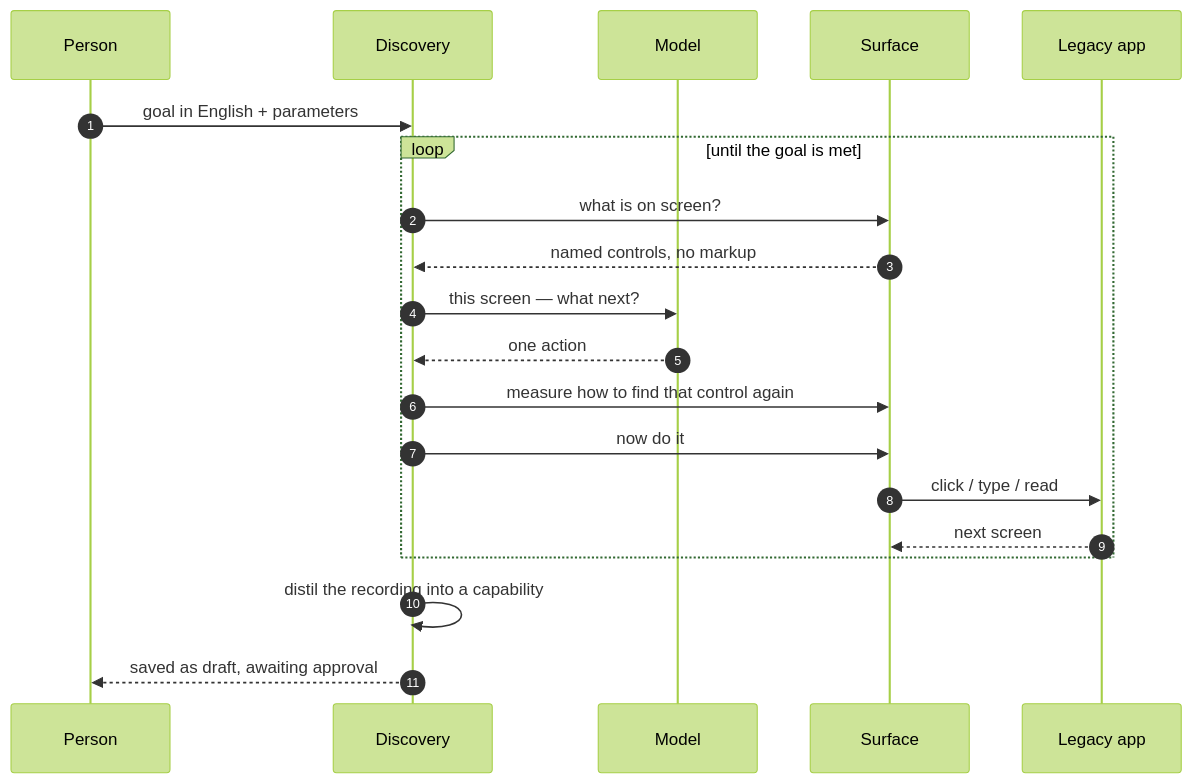
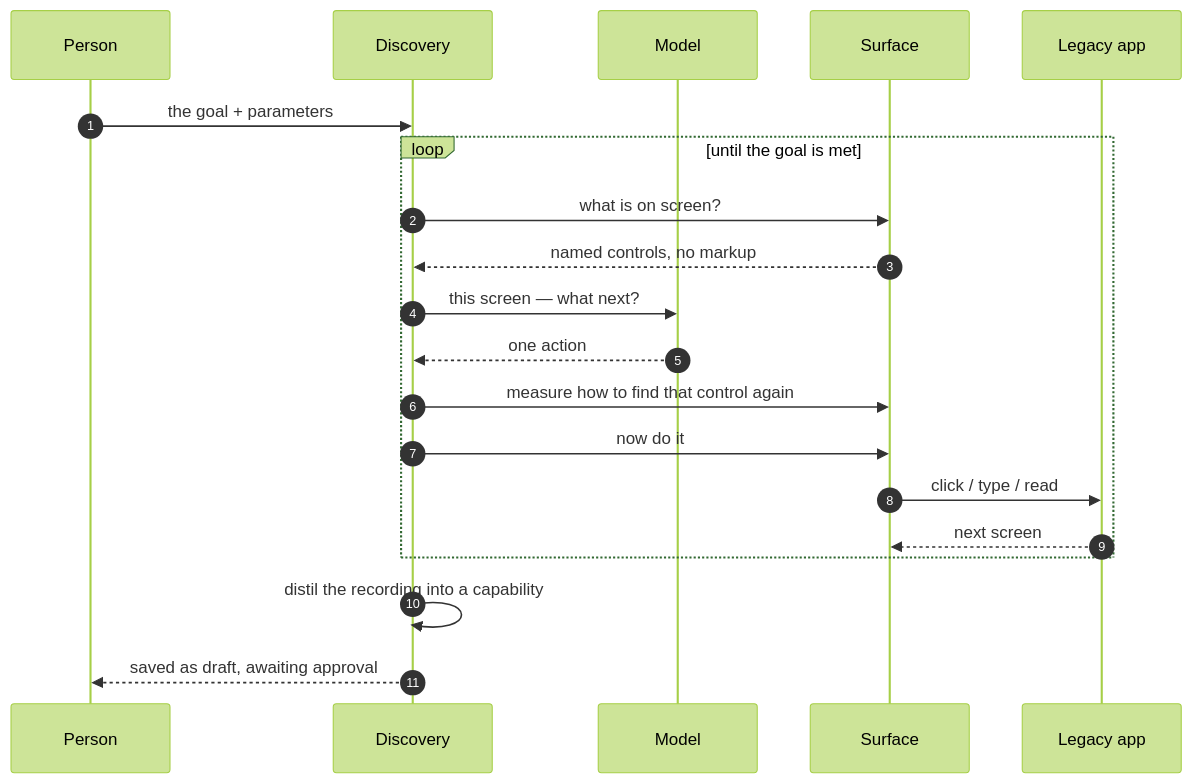
Before and after one commit to Advaith789/aihands: the second of 4 diagrams in README.md, drawn with Mermaid (forest theme). The commit also changed other lines of this file and 1 other file, not shown here.

````diff
--- a/README.md
+++ b/README.md
@@ -180,23 +180,23 @@
 ```mermaid
 sequenceDiagram
   autonumber
   participant Person
   participant Discovery
   participant Model
   participant Surface
   participant App as Legacy app
 
-  Person->>Discovery: goal in English + parameters
+  Person->>Discovery: the goal + parameters
   loop until the goal is met
     Discovery->>Surface: what is on screen?
     Surface-->>Discovery: named controls, no markup
     Discovery->>Model: this screen — what next?
     Model-->>Discovery: one action
     Discovery->>Surface: measure how to find that control again
     Discovery->>Surface: now do it
     Surface->>App: click / type / read
     App-->>Surface: next screen
   end
   Discovery->>Discovery: distil the recording into a capability
   Discovery-->>Person: saved as draft, awaiting approval
 ```
````
